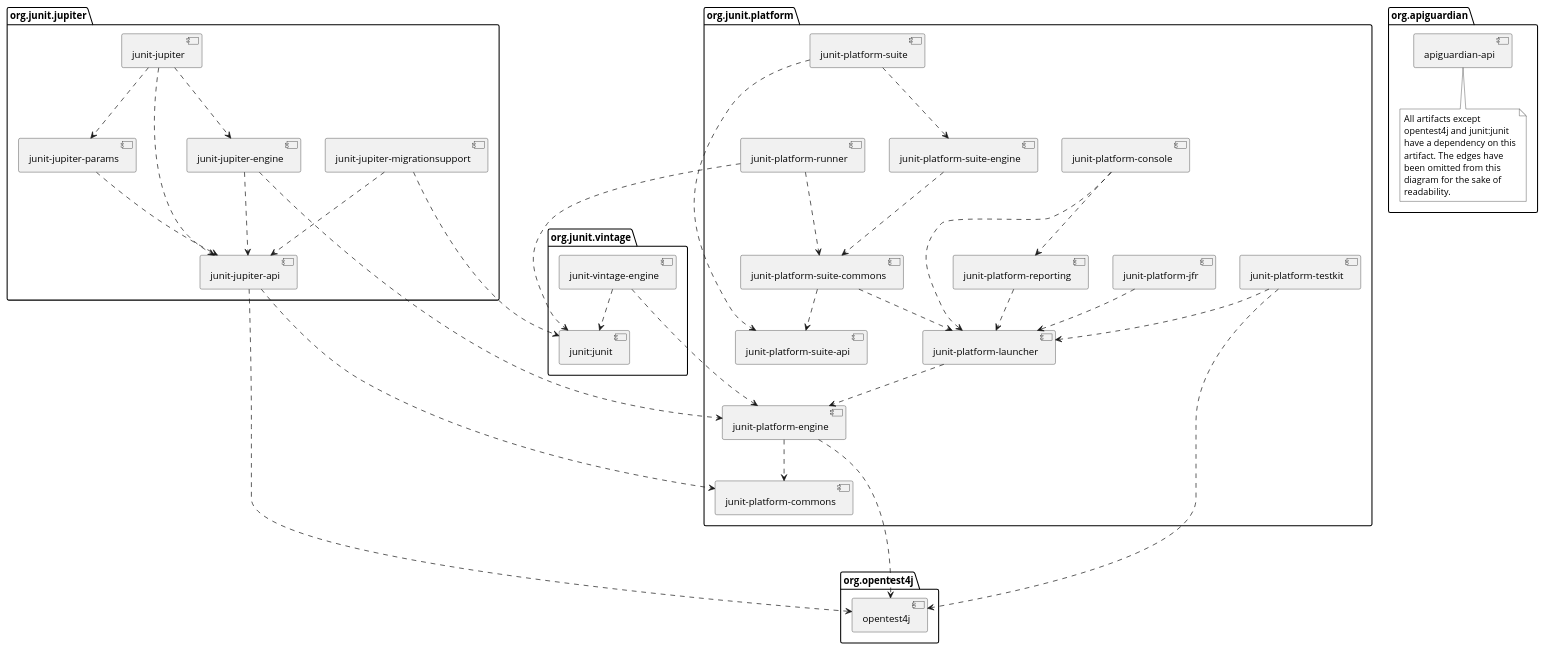
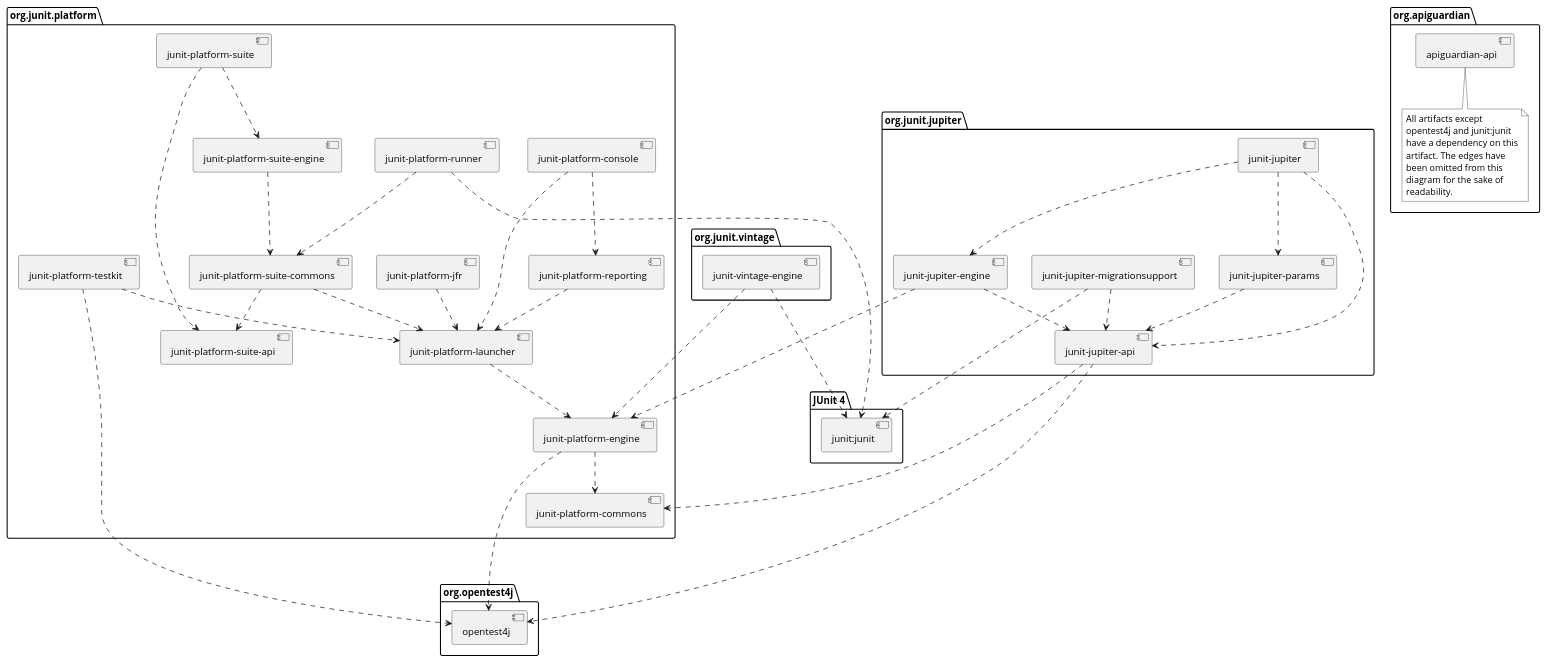
Before and after one commit to junit-team/junit5: the diagram in documentation/src/docs/asciidoc/user-guide/appendix.adoc, drawn with PlantUML.

Commit message:
Extract JUnit 4 into its own package in the Dependency Diagram

```diff
--- a/documentation/src/docs/asciidoc/user-guide/appendix.adoc
+++ b/documentation/src/docs/asciidoc/user-guide/appendix.adoc
@@ -149,7 +149,6 @@
 
 package org.junit.vintage {
     [junit-vintage-engine] as vintage_engine
-    [junit:junit] as junit4
 }
 
 package org.junit.platform {
@@ -165,6 +164,10 @@
     [junit-platform-suite-commons] as suite_commons
     [junit-platform-suite-engine] as suite_engine
     [junit-platform-testkit] as testkit
+}
+
+package "JUnit 4" {
+    [junit:junit] as junit4
 }
 
 package org.opentest4j {
```
